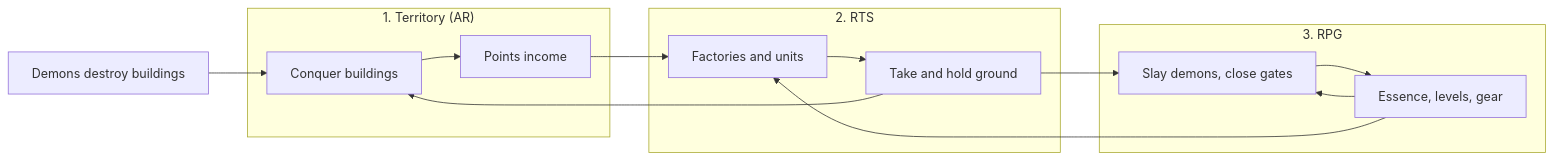
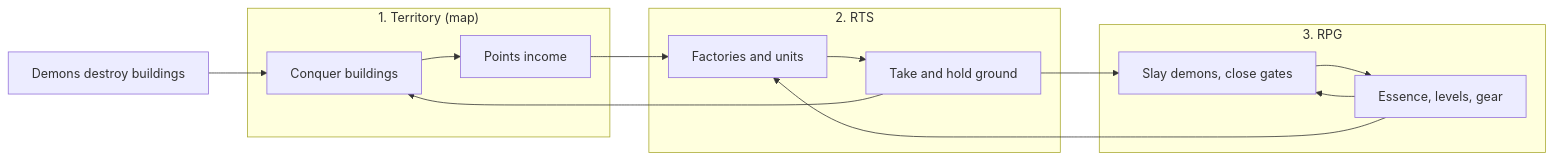
Before and after one commit to jhofer/ar-map-game: the fourth of 16 diagrams in docs/GAME_DESIGN.md, drawn with Mermaid. The commit also changed other lines of this file and 2 other files, not shown here.

First line of the commit message:
Replace camera AR with a map-only client view and low-poly art direction

````diff
--- a/docs/GAME_DESIGN.md
+++ b/docs/GAME_DESIGN.md
@@ -192,24 +194,24 @@
 ```mermaid
 flowchart LR
-    subgraph L1["1. Territory (AR)"]
+    subgraph L1["1. Territory (map)"]
         T1[Conquer buildings]
         T2[Points income]
         T1 --> T2
     end
     subgraph L2["2. RTS"]
         R1[Factories and units]
         R2[Take and hold ground]
         R1 --> R2
     end
     subgraph L3["3. RPG"]
         P1[Slay demons, close gates]
         P2[Essence, levels, gear]
         P1 --> P2
     end
     T2 --> R1
     R2 --> T1
     R2 --> P1
     P2 --> P1
     P2 --> R1
     D[Demons destroy buildings] --> T1
 ```
````
